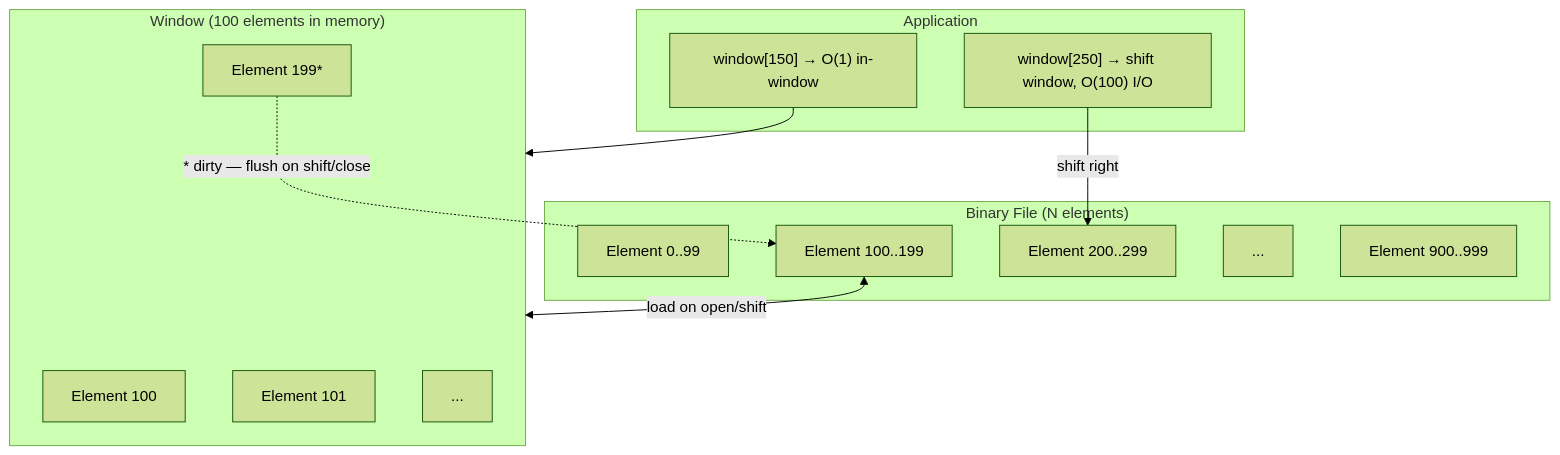
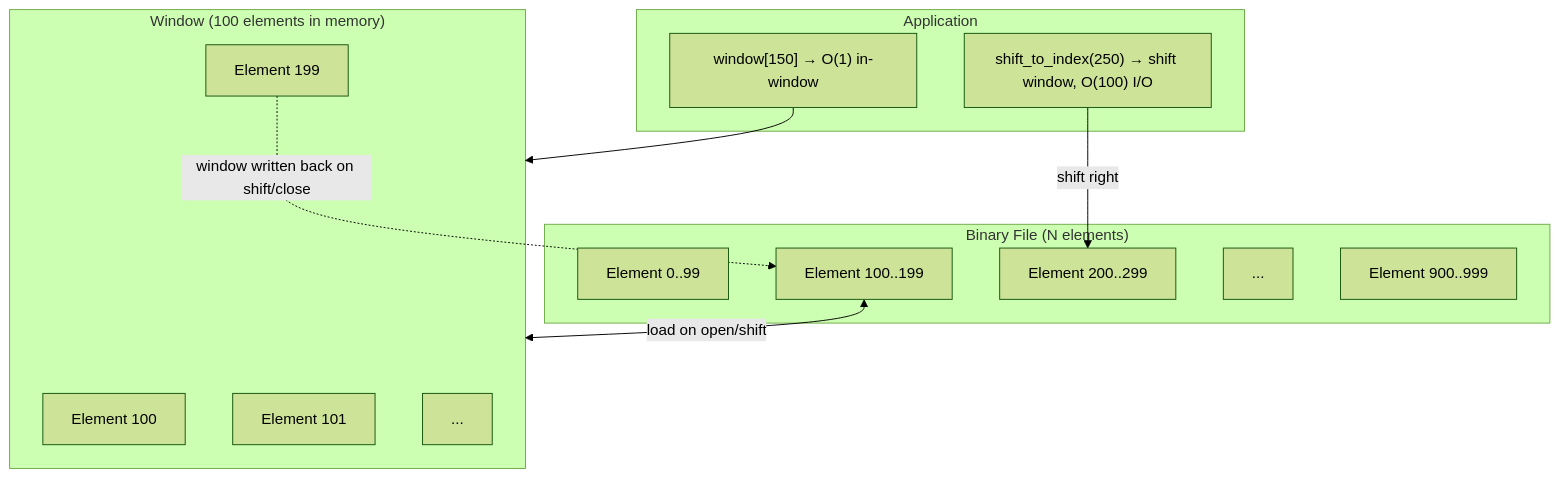
One commit to schroedermatthew/FatP changed the diagram in components/SlidingFileWindow/docs/Overview - SlidingFileWindow.md. Above: the diagram before and after it, drawn with Mermaid (forest theme). The commit also changed other lines of this file and 103 other files, not shown here.

````diff
--- a/components/SlidingFileWindow/docs/Overview - SlidingFileWindow.md
+++ b/components/SlidingFileWindow/docs/Overview - SlidingFileWindow.md
@@ -45,28 +45,28 @@
 ```mermaid
 flowchart TB
     subgraph File["Binary File (N elements)"]
         F1["Element 0..99"]
         F2["Element 100..199"]
         F3["Element 200..299"]
         F4["..."]
         F5["Element 900..999"]
     end
 
     subgraph Window["Window (100 elements in memory)"]
         W1["Element 100"]
         W2["Element 101"]
         W3["..."]
-        W4["Element 199*"]
+        W4["Element 199"]
     end
 
     F2 <-->|"load on open/shift"| Window
-    W4 -.->|"* dirty — flush on shift/close"| F2
+    W4 -.->|"window written back on shift/close"| F2
 
     subgraph Access["Application"]
         A1["window[150] → O(1) in-window"]
-        A2["window[250] → shift window, O(100) I/O"]
+        A2["shift_to_index(250) → shift window, O(100) I/O"]
     end
 
     A1 --> Window
     A2 -->|"shift right"| F3
 ```
````
